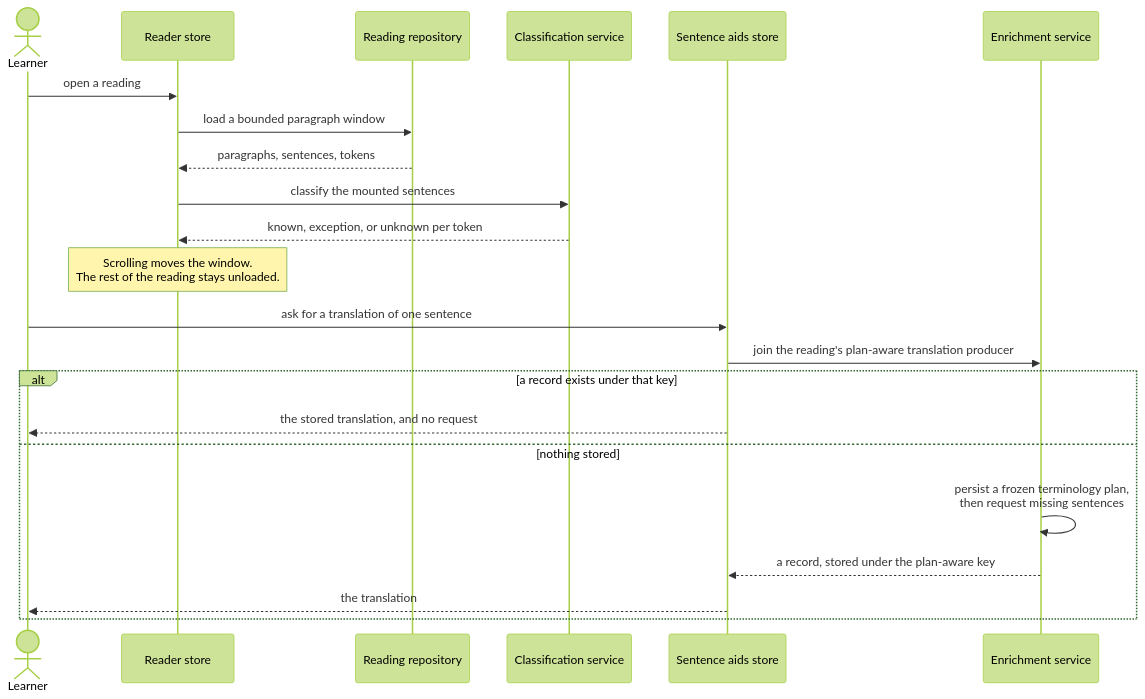
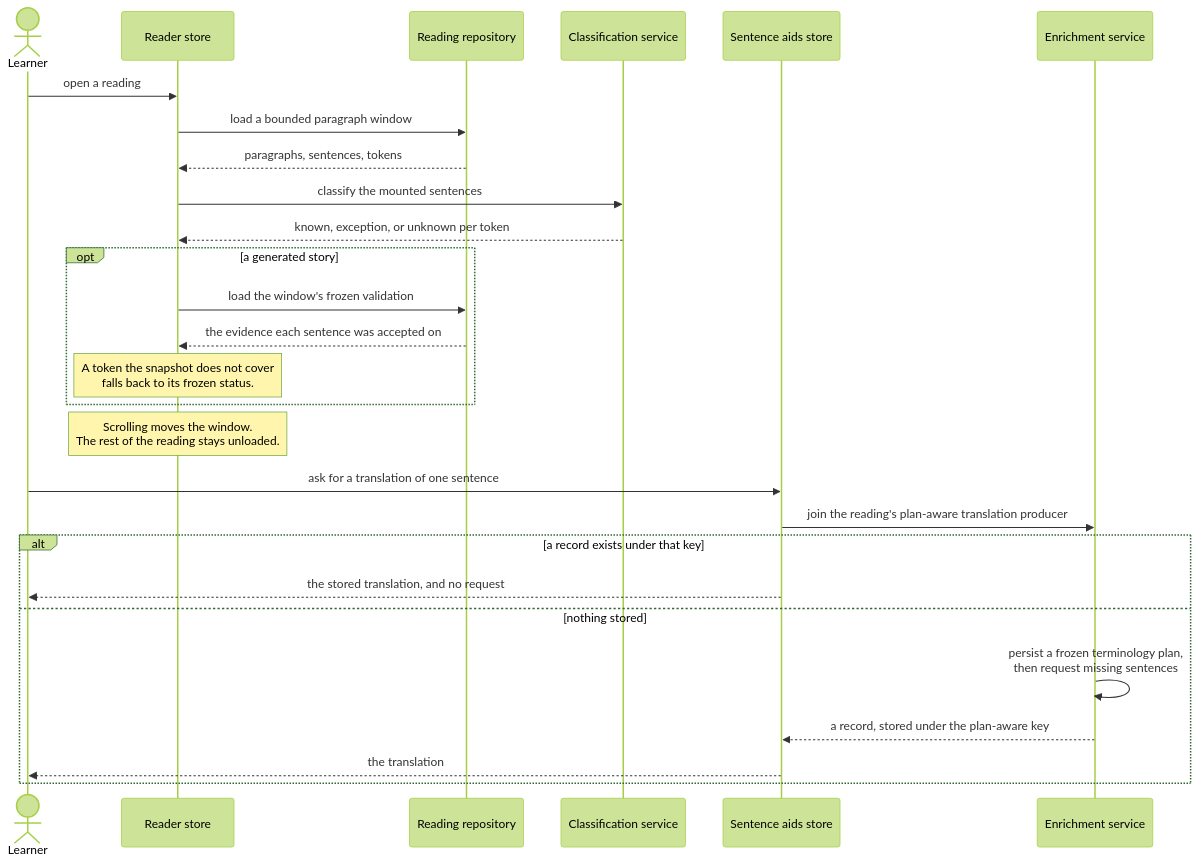
One commit to tobiaslrn/monosai changed the fourth of 7 diagrams in docs/arc42/06-runtime-view.md. Above: the diagram before and after it, drawn with Mermaid (forest theme). The commit also changed 10 other files, not shown here.

First line of the commit message:
fix(reader): keep policy exceptions unmarked in generated stories

````diff
--- a/docs/arc42/06-runtime-view.md
+++ b/docs/arc42/06-runtime-view.md
@@ -143,25 +143,30 @@
 ```mermaid
 sequenceDiagram
     actor Learner
     participant Reader as Reader store
     participant Repo as Reading repository
     participant Classify as Classification service
     participant Aids as Sentence aids store
     participant Enrich as Enrichment service
 
     Learner->>Reader: open a reading
     Reader->>Repo: load a bounded paragraph window
     Repo-->>Reader: paragraphs, sentences, tokens
     Reader->>Classify: classify the mounted sentences
     Classify-->>Reader: known, exception, or unknown per token
+    opt a generated story
+        Reader->>Repo: load the window's frozen validation
+        Repo-->>Reader: the evidence each sentence was accepted on
+        Note over Reader: A token the snapshot does not cover<br/>falls back to its frozen status.
+    end
     Note over Reader: Scrolling moves the window.<br/>The rest of the reading stays unloaded.
     Learner->>Aids: ask for a translation of one sentence
     Aids->>Enrich: join the reading's plan-aware translation producer
     alt a record exists under that key
         Aids-->>Learner: the stored translation, and no request
     else nothing stored
         Enrich->>Enrich: persist a frozen terminology plan,<br/>then request missing sentences
         Enrich-->>Aids: a record, stored under the plan-aware key
         Aids-->>Learner: the translation
     end
 ```
````
